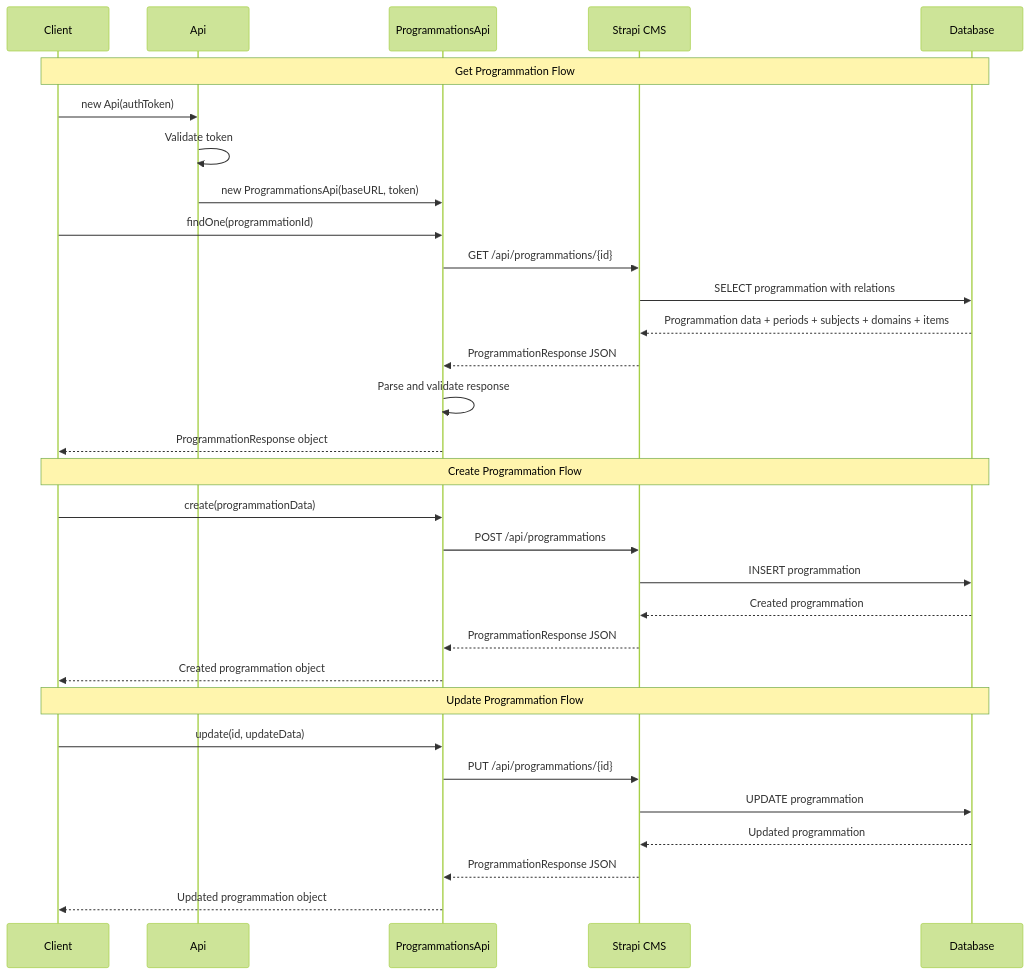
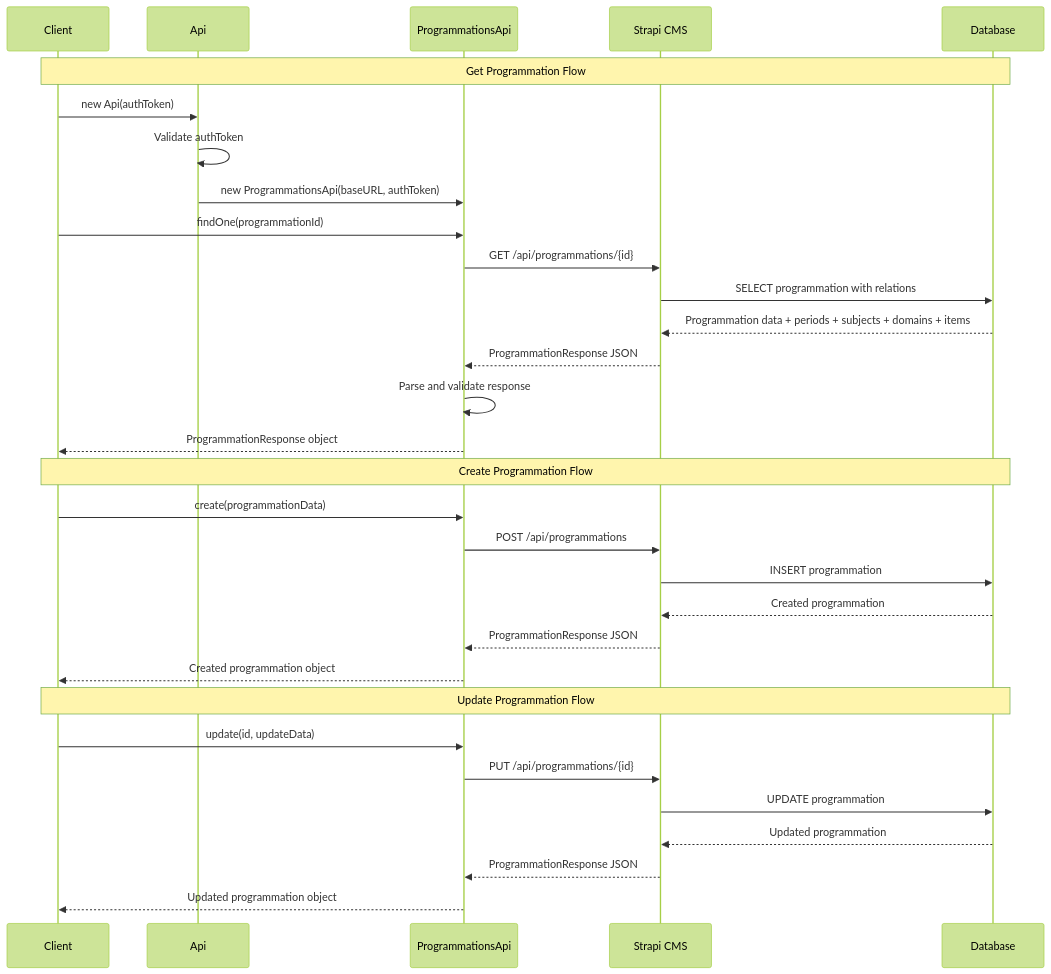
Before and after one commit to ghermet/teetsh-progression: the diagram in docs/diagrams/03-api-sequence-diagram.mmd, drawn with Mermaid (forest theme). The commit also changed 17 other files, not shown here.

```diff
--- a/docs/diagrams/03-api-sequence-diagram.mmd
+++ b/docs/diagrams/03-api-sequence-diagram.mmd
@@ -1,38 +1,38 @@
 sequenceDiagram
     participant C as Client
     participant A as Api
     participant P as ProgrammationsApi
     participant S as Strapi CMS
     participant DB as Database
 
     Note over C,DB: Get Programmation Flow
     
     C->>A: new Api(authToken)
-    A->>A: Validate token
-    A->>P: new ProgrammationsApi(baseURL, token)
+    A->>A: Validate authToken
+    A->>P: new ProgrammationsApi(baseURL, authToken)
     
     C->>P: findOne(programmationId)
     P->>S: GET /api/programmations/{id}
     S->>DB: SELECT programmation with relations
     DB-->>S: Programmation data + periods + subjects + domains + items
     S-->>P: ProgrammationResponse JSON
     P->>P: Parse and validate response
     P-->>C: ProgrammationResponse object
 
     Note over C,DB: Create Programmation Flow
     
     C->>P: create(programmationData)
     P->>S: POST /api/programmations
     S->>DB: INSERT programmation
     DB-->>S: Created programmation
     S-->>P: ProgrammationResponse JSON
     P-->>C: Created programmation object
 
     Note over C,DB: Update Programmation Flow
     
     C->>P: update(id, updateData)
     P->>S: PUT /api/programmations/{id}
     S->>DB: UPDATE programmation
     DB-->>S: Updated programmation
     S-->>P: ProgrammationResponse JSON
     P-->>C: Updated programmation object
```
